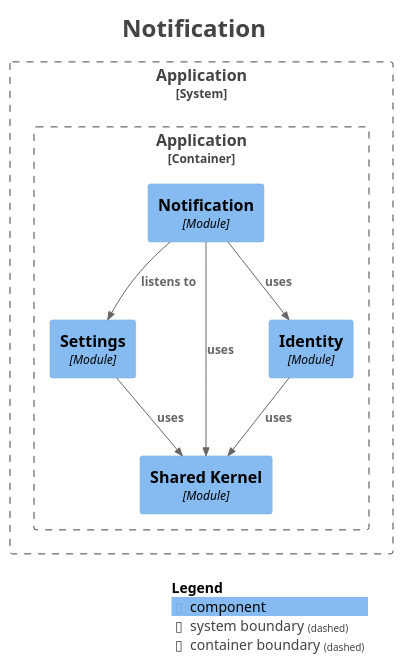
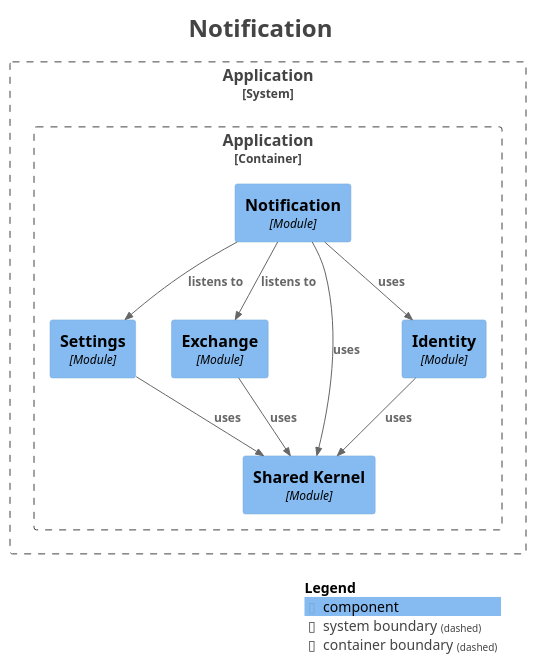
Before and after one commit to Paul-Ayesiga/enterprise-modulith-template: the diagram in docs/modulith/module-notification.puml, drawn with PlantUML. The commit also changed 72 other files, not shown here.

```diff
--- a/docs/modulith/module-notification.puml
+++ b/docs/modulith/module-notification.puml
@@ -1,36 +1,39 @@
 @startuml
 title <size:24>Notification</size>
 
 set separator none
 top to bottom direction
 
 <style>
   root {
     BackgroundColor: #ffffff
     FontColor: #444444
   }
 </style>
 
 !include <C4/C4>
 !include <C4/C4_Context>
 !include <C4/C4_Component>
 
 System_Boundary("Application_boundary", "Application", $tags="") {
   Container_Boundary("Application.Application_boundary", "Application", $tags="") {
     Component(Application.Application.Settings, "Settings", $techn="Module", $descr="", $tags="", $link="")
+    Component(Application.Application.Exchange, "Exchange", $techn="Module", $descr="", $tags="", $link="")
     Component(Application.Application.Notification, "Notification", $techn="Module", $descr="", $tags="", $link="")
     Component(Application.Application.SharedKernel, "Shared Kernel", $techn="Module", $descr="", $tags="", $link="")
     Component(Application.Application.Identity, "Identity", $techn="Module", $descr="", $tags="", $link="")
   }
 
 }
 
 Rel(Application.Application.Settings, Application.Application.SharedKernel, "uses", $techn="", $tags="", $link="")
+Rel(Application.Application.Exchange, Application.Application.SharedKernel, "uses", $techn="", $tags="", $link="")
 Rel(Application.Application.Identity, Application.Application.SharedKernel, "uses", $techn="", $tags="", $link="")
+Rel(Application.Application.Notification, Application.Application.Exchange, "listens to", $techn="", $tags="", $link="")
 Rel(Application.Application.Notification, Application.Application.Settings, "listens to", $techn="", $tags="", $link="")
 Rel(Application.Application.Notification, Application.Application.SharedKernel, "uses", $techn="", $tags="", $link="")
 Rel(Application.Application.Notification, Application.Application.Identity, "uses", $techn="", $tags="", $link="")
 
 SHOW_LEGEND(true)
 hide stereotypes
 @enduml
```
